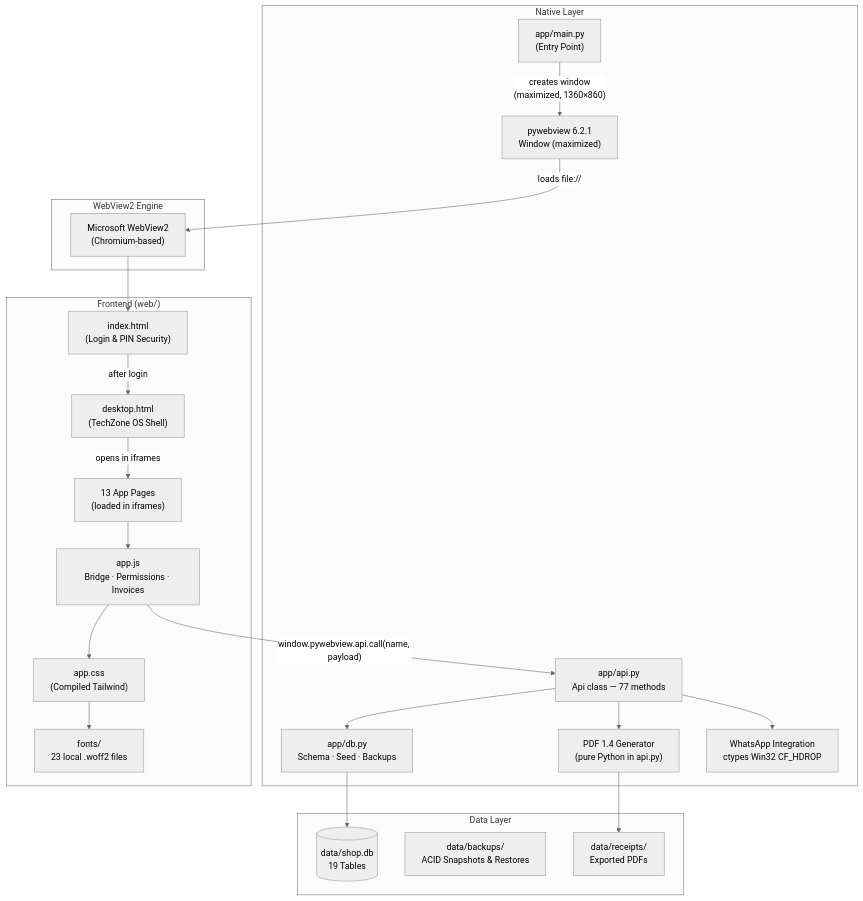
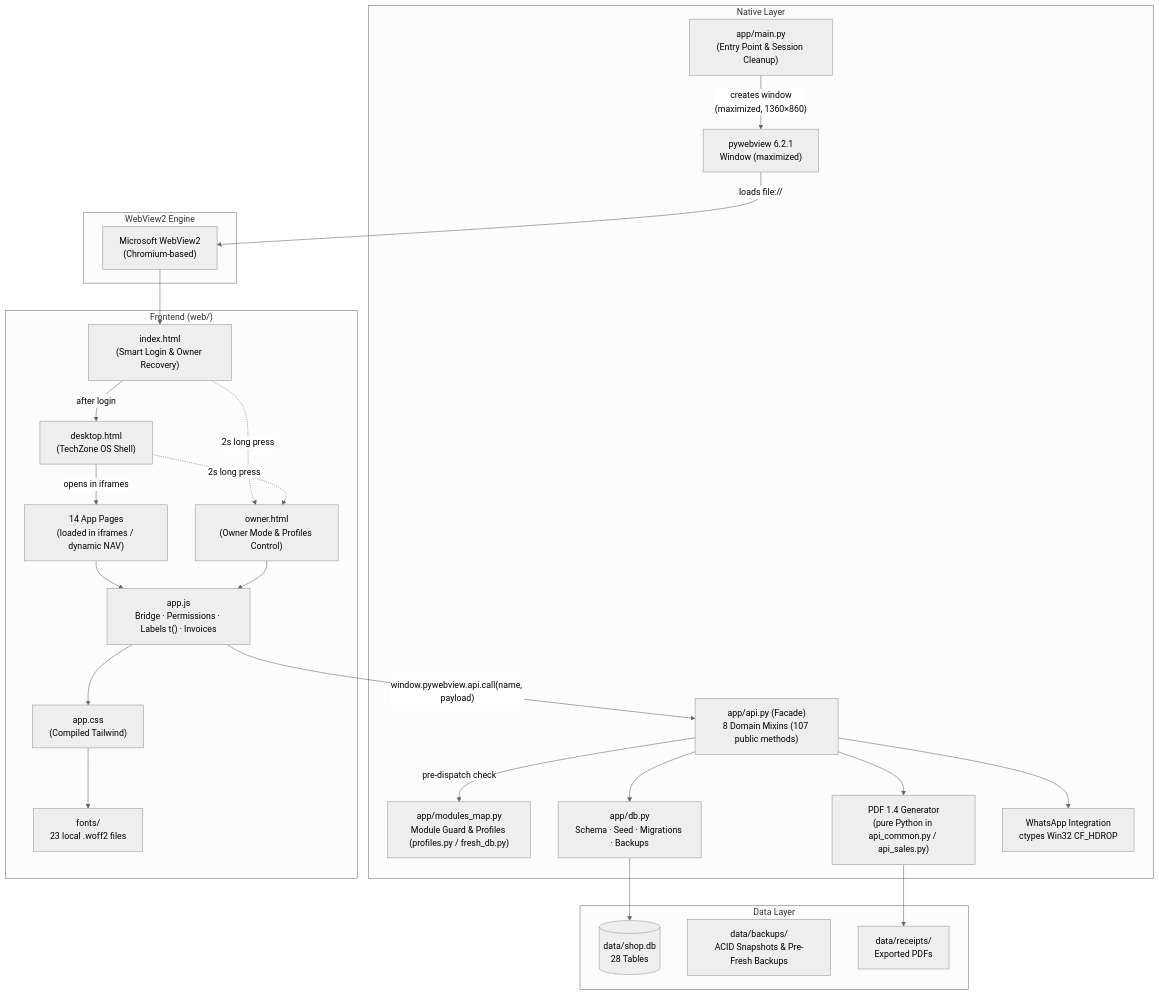
One commit to hany-hassan/TechZone-POS changed the first of 2 diagrams in docs/ARCHITECTURE.md. Above: the diagram before and after it, drawn with Mermaid (neutral theme). The commit also changed other lines of this file and 34 other files, not shown here.

Commit message:
docs: sync README, docs, and 20 screenshots with Owner Mode & Installments

````diff
--- a/docs/ARCHITECTURE.md
+++ b/docs/ARCHITECTURE.md
@@ -13,45 +13,51 @@
 ```mermaid
 flowchart TD
     subgraph Native["Native Layer"]
-        MAIN["app/main.py\n(Entry Point)"]
+        MAIN["app/main.py\n(Entry Point & Session Cleanup)"]
         PV["pywebview 6.2.1\nWindow (maximized)"]
-        API["app/api.py\nApi class — 77 methods"]
-        DB_MOD["app/db.py\nSchema · Seed · Backups"]
-        PDF["PDF 1.4 Generator\n(pure Python in api.py)"]
+        API["app/api.py (Facade)\n8 Domain Mixins (107 public methods)"]
+        MODMAP["app/modules_map.py\nModule Guard & Profiles (profiles.py / fresh_db.py)"]
+        DB_MOD["app/db.py\nSchema · Seed · Migrations · Backups"]
+        PDF["PDF 1.4 Generator\n(pure Python in api_common.py / api_sales.py)"]
         WA["WhatsApp Integration\nctypes Win32 CF_HDROP"]
     end
 
     subgraph Engine["WebView2 Engine"]
         WV2["Microsoft WebView2\n(Chromium-based)"]
     end
 
     subgraph Frontend["Frontend (web/)"]
-        INDEX["index.html\n(Login & PIN Security)"]
+        INDEX["index.html\n(Smart Login & Owner Recovery)"]
         DESKTOP["desktop.html\n(TechZone OS Shell)"]
-        PAGES["13 App Pages\n(loaded in iframes)"]
-        APPJS["app.js\nBridge · Permissions · Invoices"]
+        OWNER["owner.html\n(Owner Mode & Profiles Control)"]
+        PAGES["14 App Pages\n(loaded in iframes / dynamic NAV)"]
+        APPJS["app.js\nBridge · Permissions · Labels t() · Invoices"]
         APPCSS["app.css\n(Compiled Tailwind)"]
         FONTS["fonts/\n23 local .woff2 files"]
     end
 
     subgraph Data["Data Layer"]
-        SQLITE[("data/shop.db\n19 Tables")]
-        BACKUPS["data/backups/\nACID Snapshots & Restores"]
+        SQLITE[("data/shop.db\n28 Tables")]
+        BACKUPS["data/backups/\nACID Snapshots & Pre-Fresh Backups"]
         RECEIPTS["data/receipts/\nExported PDFs"]
     end
 
     MAIN -->|"creates window\n(maximized, 1360×860)"| PV
     PV -->|"loads file://"| WV2
     WV2 --> INDEX
     INDEX -->|"after login"| DESKTOP
+    INDEX -.->|"2s long press"| OWNER
+    DESKTOP -.->|"2s long press"| OWNER
     DESKTOP -->|"opens in iframes"| PAGES
     PAGES --> APPJS
+    OWNER --> APPJS
     APPJS -->|"window.pywebview.api.call(name, payload)"| API
+    API -->|"pre-dispatch check"| MODMAP
     API --> DB_MOD
     DB_MOD --> SQLITE
     API --> PDF
     PDF --> RECEIPTS
     API --> WA
     APPJS --> APPCSS
     APPCSS --> FONTS
 ```
````
